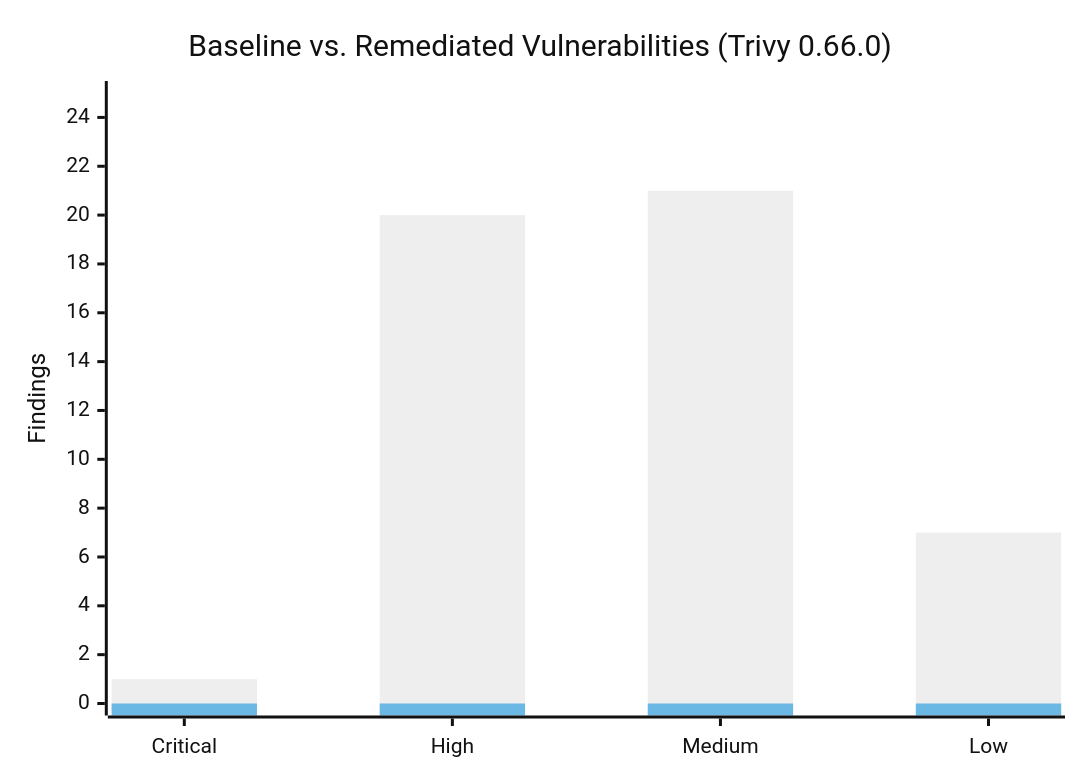
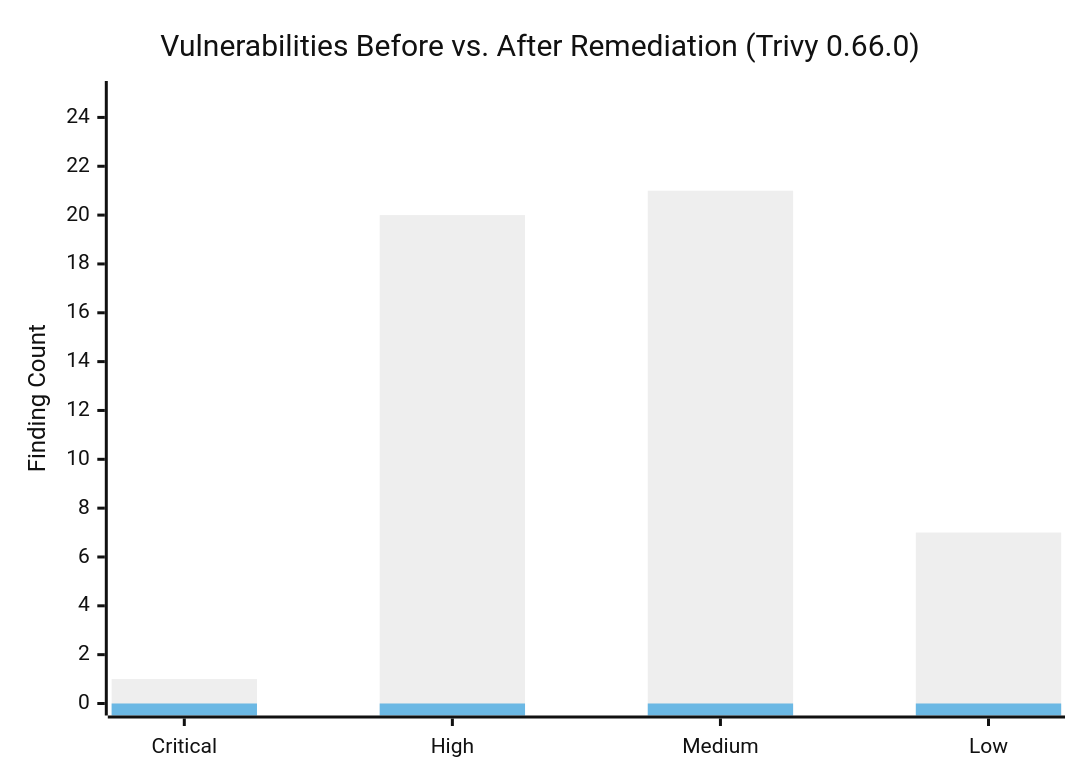
The diagram in report/executive-summary.md (DerbSwag/fusion-devsecops-takehome), drawn with Mermaid (neutral theme) before and after one commit. The commit also changed other lines of this file and 1 other file, not shown here.

````diff
--- a/report/executive-summary.md
+++ b/report/executive-summary.md
@@ -13,8 +16,8 @@
 ```mermaid
 xychart-beta
-    title "Baseline vs. Remediated Vulnerabilities (Trivy 0.66.0)"
+    title "Vulnerabilities Before vs. After Remediation (Trivy 0.66.0)"
     x-axis ["Critical", "High", "Medium", "Low"]
-    y-axis "Findings" 0 --> 25
-    bar [1, 20, 21, 7]
-    bar [0, 0, 0, 0]
+    y-axis "Finding Count" 0 --> 25
+    bar "Baseline (49)" [1, 20, 21, 7]
+    bar "Remediated (0)" [0, 0, 0, 0]
 ```
````
